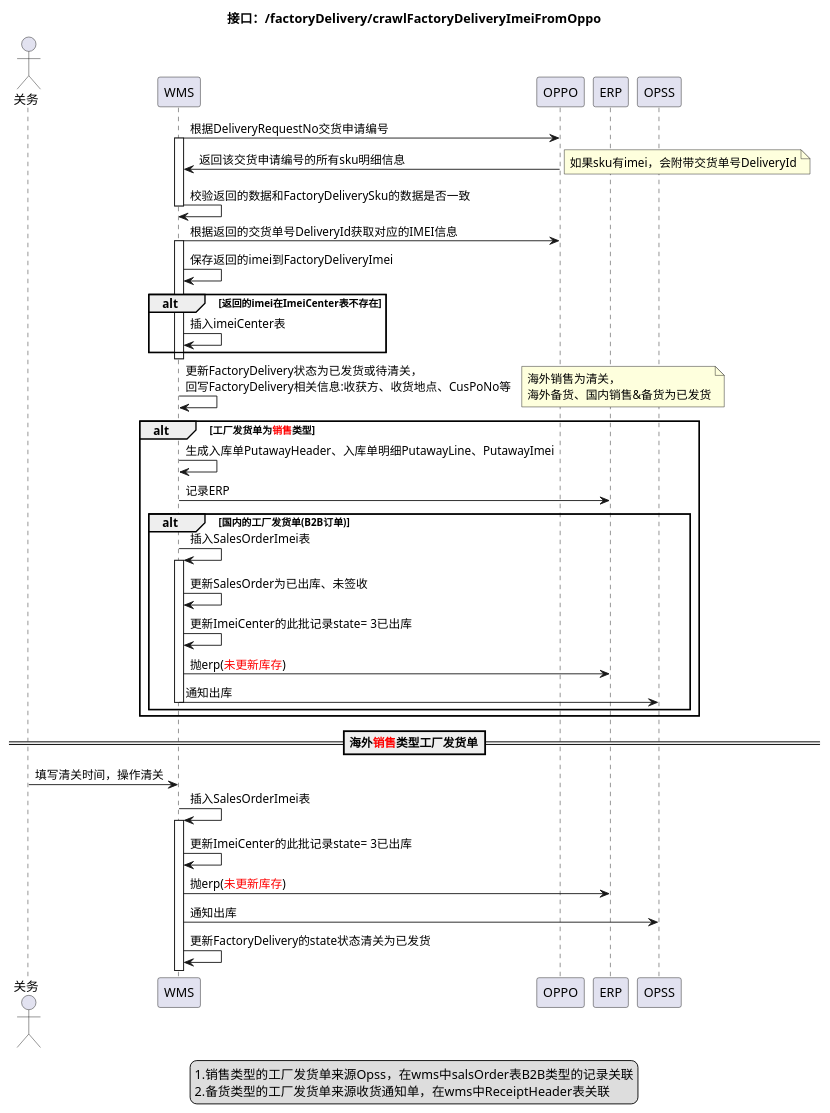
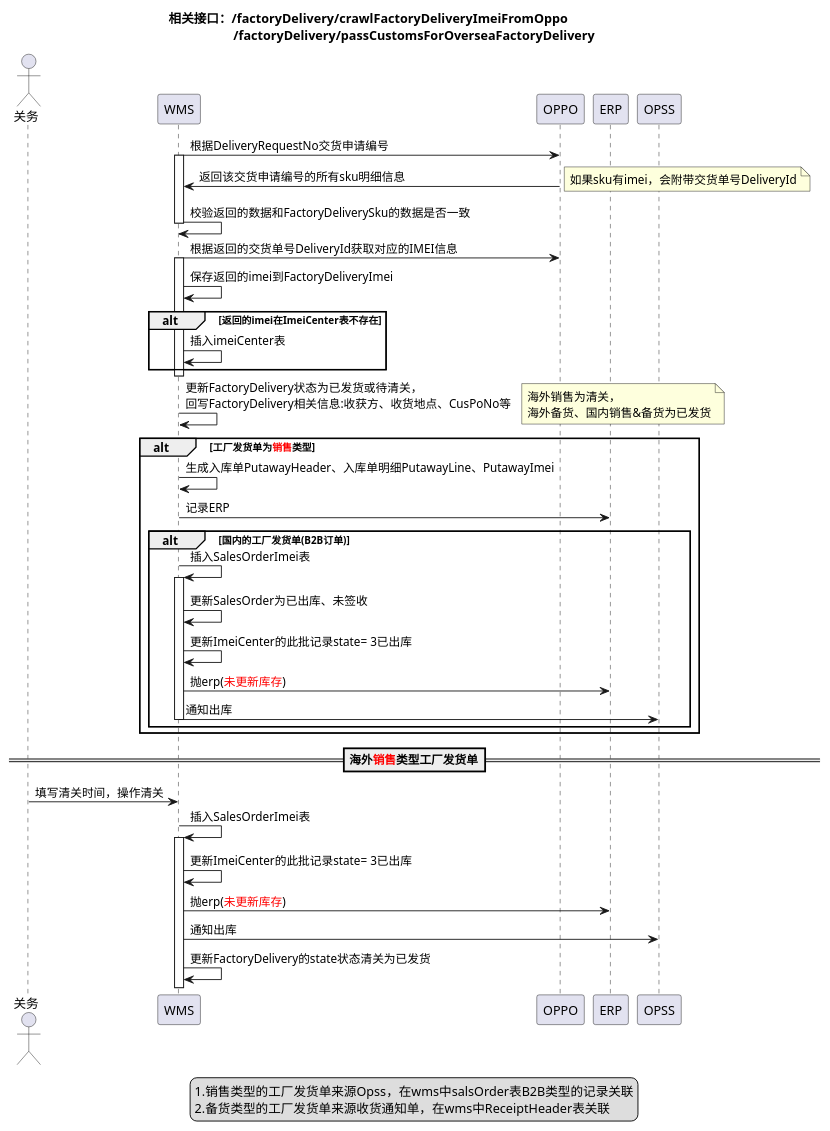
One commit to newbigTech/myDesignPattern changed the diagram in uml/wms/factoryDelivery/factoryDelivery-seq.puml. Above: the diagram before and after it, drawn with PlantUML.

Commit message:
uml图

```diff
--- a/uml/wms/factoryDelivery/factoryDelivery-seq.puml
+++ b/uml/wms/factoryDelivery/factoryDelivery-seq.puml
@@ -1,58 +1,58 @@
 @startuml
 
-title 接口：/factoryDelivery/crawlFactoryDeliveryImeiFromOppo
+title 相关接口：/factoryDelivery/crawlFactoryDeliveryImeiFromOppo                            \n/factoryDelivery/passCustomsForOverseaFactoryDelivery
 
 actor 关务 as somebody
 
 WMS -> OPPO:根据DeliveryRequestNo交货申请编号
 activate WMS
 OPPO -> WMS:返回该交货申请编号的所有sku明细信息
 note right
 如果sku有imei，会附带交货单号DeliveryId
 end note
 WMS -> WMS:校验返回的数据和FactoryDeliverySku的数据是否一致
 
 deactivate WMS
 
 
 WMS -> OPPO:根据返回的交货单号DeliveryId获取对应的IMEI信息
 activate WMS
 WMS -> WMS:保存返回的imei到FactoryDeliveryImei
 alt 返回的imei在ImeiCenter表不存在
 WMS->WMS:插入imeiCenter表
 end
 deactivate WMS
 
 WMS -> WMS:更新FactoryDelivery状态为已发货或待清关，\n回写FactoryDelivery相关信息:收获方、收货地点、CusPoNo等
 note right
 海外销售为清关，
 海外备货、国内销售&备货为已发货
 end note
 alt 工厂发货单为<font color=red>销售</font>类型
    WMS -> WMS:生成入库单PutawayHeader、入库单明细PutawayLine、PutawayImei
    WMS -> ERP:记录ERP
    alt 国内的工厂发货单(B2B订单)
         WMS -> WMS:插入SalesOrderImei表
         activate WMS
         WMS -> WMS:更新SalesOrder为已出库、未签收
         WMS -> WMS:更新ImeiCenter的此批记录state= 3已出库
         WMS -> ERP:抛erp(<font color=red>未更新库存</font>)
         WMS -> OPSS:通知出库
         deactivate WMS
    end
 end
 ==海外<font color=red>销售</font>类型工厂发货单==
 somebody -> WMS:填写清关时间，操作清关
 WMS -> WMS:插入SalesOrderImei表
 activate WMS
 WMS -> WMS:更新ImeiCenter的此批记录state= 3已出库
 WMS -> ERP:抛erp(<font color=red>未更新库存</font>)
 WMS -> OPSS:通知出库
 WMS -> WMS:更新FactoryDelivery的state状态清关为已发货
 deactivate somebody
 
 legend center
 1.销售类型的工厂发货单来源Opss，在wms中salsOrder表B2B类型的记录关联
 2.备货类型的工厂发货单来源收货通知单，在wms中ReceiptHeader表关联
 end legend
 @enduml
```
